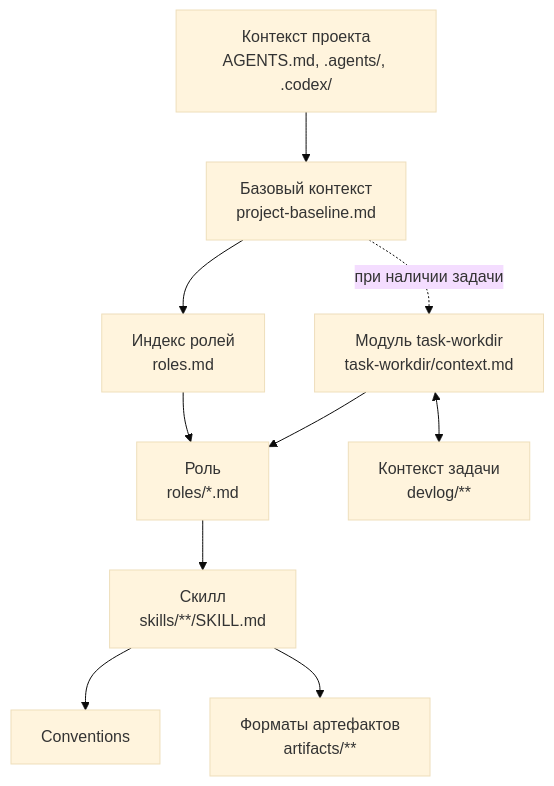
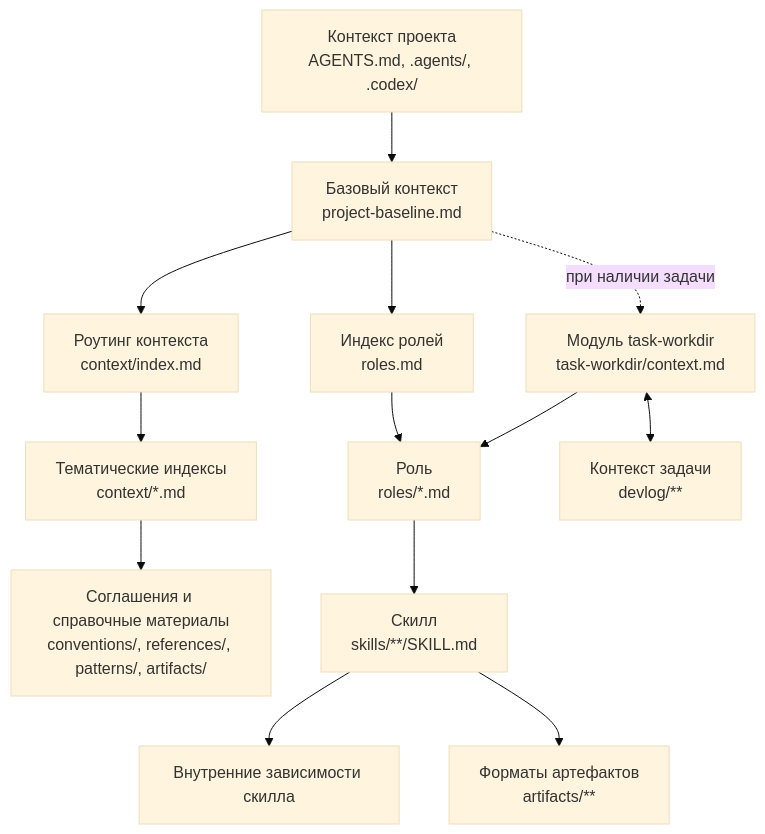
Before and after one commit to ergonomic-code/dot-agents: the diagram in README.md, drawn with Mermaid (base theme). The commit also changed other lines of this file and 63 other files, not shown here.

````diff
--- a/README.md
+++ b/README.md
@@ -114,12 +115,15 @@
 ```mermaid
 flowchart TD
     Project[Контекст проекта<br/>AGENTS.md, .agents/, .codex/] --> Baseline[Базовый контекст<br/>project-baseline.md]
     Baseline --> Roles[Индекс ролей<br/>roles.md]
     Roles --> Role[Роль<br/>roles/*.md]
+    Baseline --> Context[Роутинг контекста<br/>context/index.md]
+    Context --> ContextIndexes[Тематические индексы<br/>context/*.md]
+    ContextIndexes --> RoutedContext[Соглашения и справочные материалы<br/>conventions/, references/, patterns/, artifacts/]
     Baseline -. при наличии задачи .-> TaskModule[Модуль task-workdir<br/>task-workdir/context.md]
     TaskModule --> Role
     Role --> Skill[Скилл<br/>skills/**/SKILL.md]
-    Skill --> Conventions
+    Skill --> Intrinsic[Внутренние зависимости скилла]
     Skill --> Artifacts[Форматы артефактов<br/>artifacts/**]
     TaskModule <--> Task[Контекст задачи<br/>devlog/**]
 ```
````
